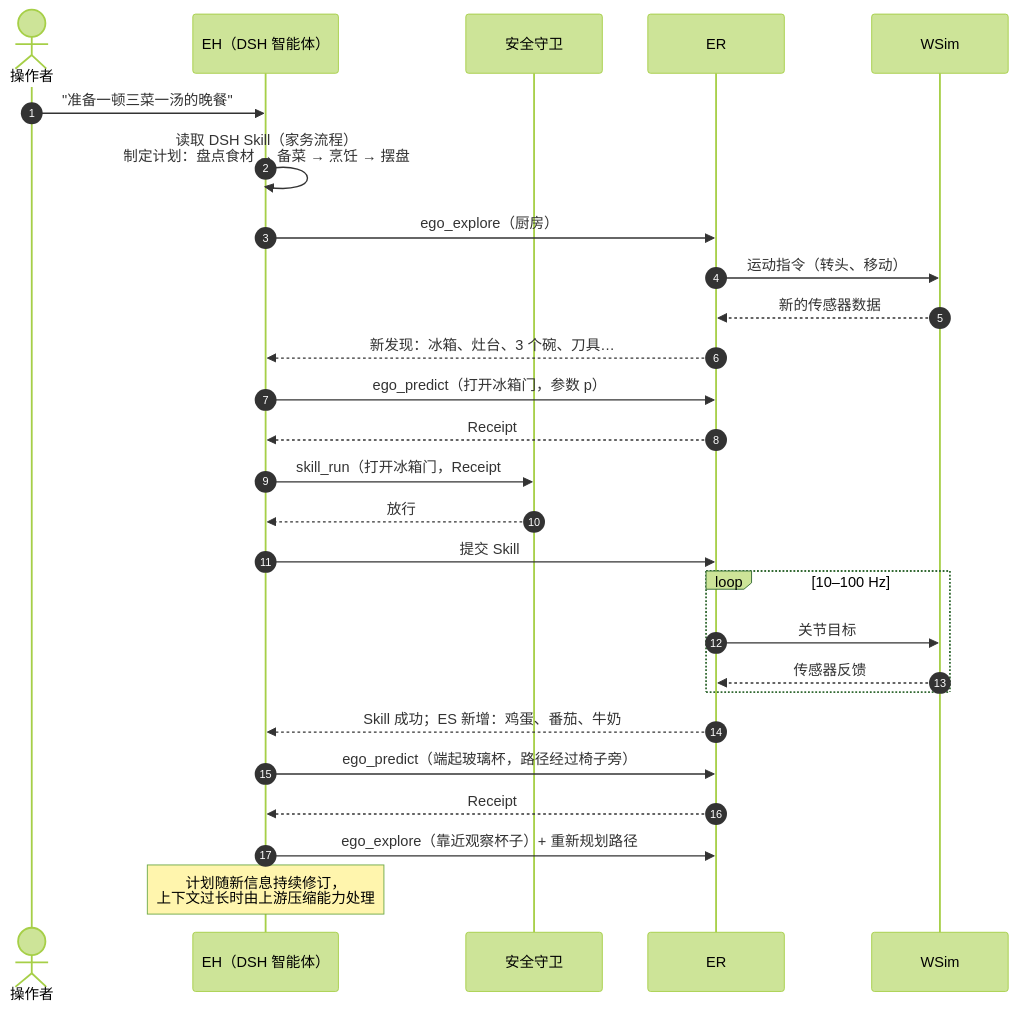
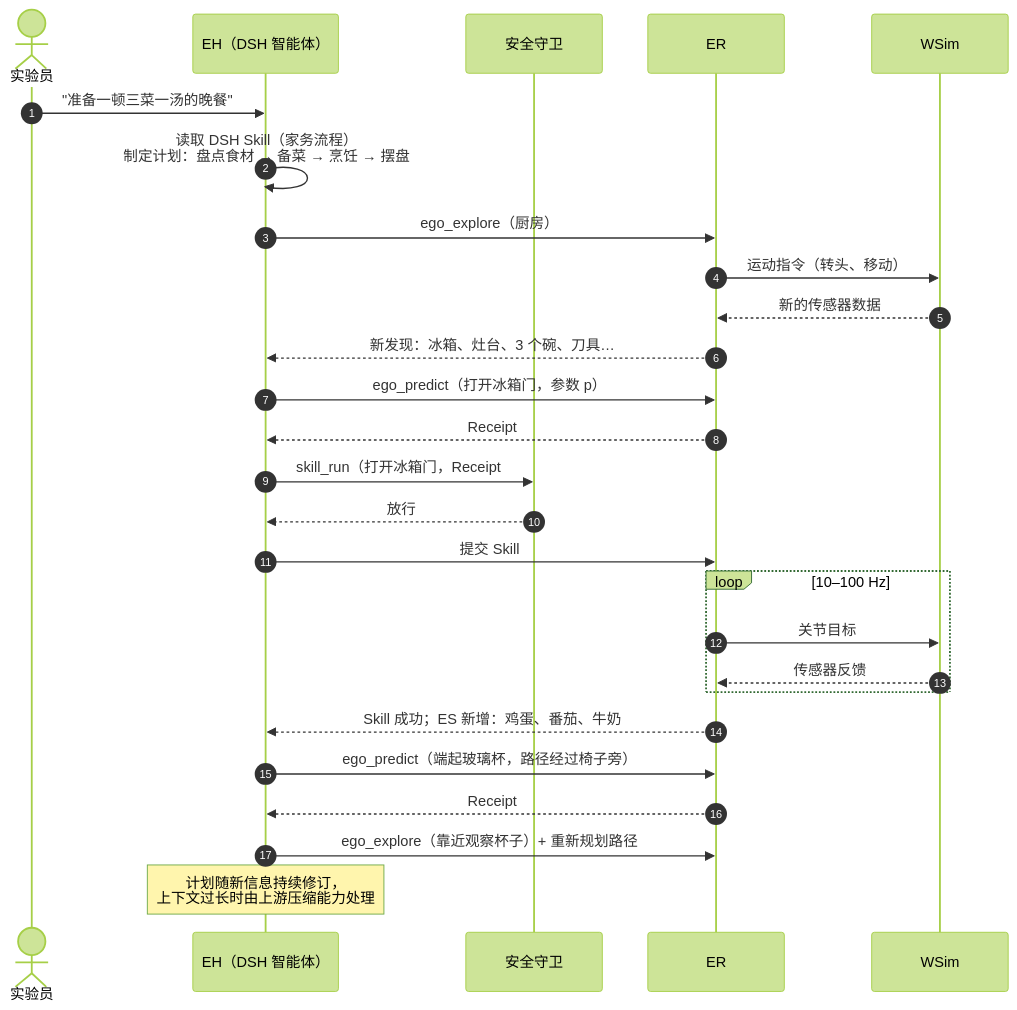
Before and after one commit to Siliconagent218/steward: the fifth of 10 diagrams in steward.md, drawn with Mermaid (forest theme). The commit also changed other lines of this file, not shown here.

````diff
--- a/steward.md
+++ b/steward.md
@@ -453,30 +492,30 @@
 ```mermaid
 sequenceDiagram
   autonumber
-  actor U as 操作者
+  actor U as 实验员
   participant EH as EH（DSH 智能体）
   participant G as 安全守卫
   participant ER as ER
   participant W as WSim
 
   U->>EH: "准备一顿三菜一汤的晚餐"
   EH->>EH: 读取 DSH Skill（家务流程）<br/>制定计划：盘点食材 → 备菜 → 烹饪 → 摆盘
   EH->>ER: ego_explore（厨房）
   ER->>W: 运动指令（转头、移动）
   W-->>ER: 新的传感器数据
   ER-->>EH: 新发现：冰箱、灶台、3 个碗、刀具…
   EH->>ER: ego_predict（打开冰箱门，参数 p）
   ER-->>EH: Receipt #41：风险低
   EH->>G: skill_run（打开冰箱门，Receipt #41）
   G-->>EH: 放行
   EH->>ER: 提交 Skill
   loop 10–100 Hz
     ER->>W: 关节目标
     W-->>ER: 传感器反馈
   end
   ER-->>EH: Skill 成功；ES 新增：鸡蛋、番茄、牛奶
   EH->>ER: ego_predict（端起玻璃杯，路径经过椅子旁）
   ER-->>EH: Receipt #42：高风险，杯子位置不确定度大，路径与椅腿碰撞概率 18%
   EH->>ER: ego_explore（靠近观察杯子）+ 重新规划路径
   Note over EH: 计划随新信息持续修订，<br/>上下文过长时由上游压缩能力处理
 ```
````
